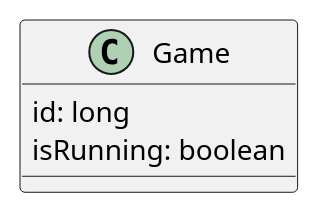
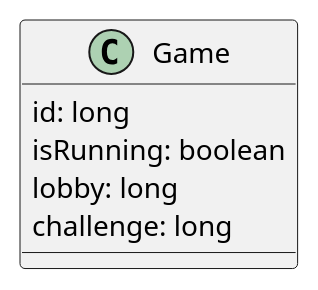
Before and after one commit to daedal-knickerbockers/code_exercises: the diagram in resources/diagrams/Game.puml, drawn with PlantUML. The commit also changed 6 other files, not shown here.

```diff
--- a/resources/diagrams/Game.puml
+++ b/resources/diagrams/Game.puml
@@ -1,6 +1,8 @@
 @startuml
 Class Game {
     id: long
     isRunning: boolean
+    lobby: long
+    challenge: long
 }
 @enduml
```
